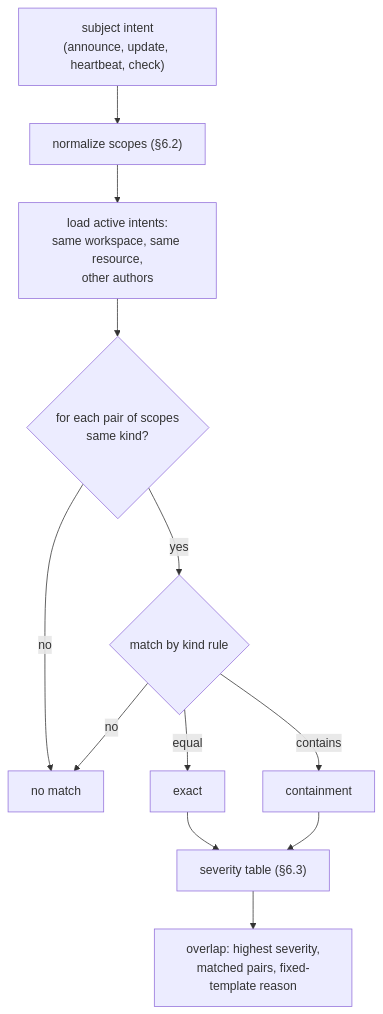
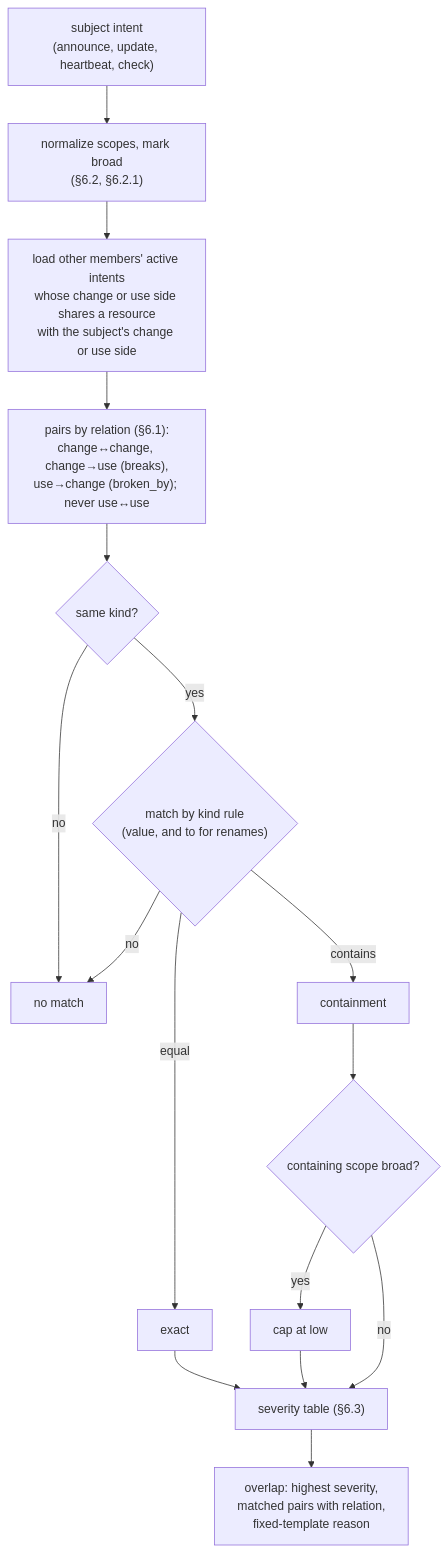
The fourth of 11 diagrams in docs/architecture.md (recluzegeek/shared-context-protocol), drawn with Mermaid before and after one commit. The commit also changed other lines of this file and 1 other file, not shown here.

Commit message:
Address review: broad scopes, coverage honesty, cross-resource uses and renames, IdP membership, verified promotion, event staleness

````diff
--- a/docs/architecture.md
+++ b/docs/architecture.md
@@ -191,14 +196,17 @@
 ```mermaid
 flowchart TD
-    S["subject intent<br/>(announce, update, heartbeat, check)"] --> N["normalize scopes (§6.2)"]
-    N --> Q["load active intents:<br/>same workspace, same resource,<br/>other authors"]
-    Q --> L{"for each pair of scopes<br/>same kind?"}
+    S["subject intent<br/>(announce, update, heartbeat, check)"] --> N["normalize scopes, mark broad<br/>(§6.2, §6.2.1)"]
+    N --> Q["load other members' active intents<br/>whose change or use side shares a resource<br/>with the subject's change or use side"]
+    Q --> P["pairs by relation (§6.1):<br/>change↔change, change→use (breaks),<br/>use→change (broken_by); never use↔use"]
+    P --> L{"same kind?"}
     L -- no --> X["no match"]
-    L -- yes --> M{"match by kind rule"}
+    L -- yes --> M{"match by kind rule<br/>(value, and to for renames)"}
     M -- "equal" --> E["exact"]
     M -- "contains" --> C["containment"]
     M -- no --> X
     E --> SV["severity table (§6.3)"]
-    C --> SV
-    SV --> R["overlap: highest severity,<br/>matched pairs, fixed-template reason"]
+    C --> CAP{"containing scope broad?"}
+    CAP -- yes --> LOW["cap at low"] --> SV
+    CAP -- no --> SV
+    SV --> R["overlap: highest severity,<br/>matched pairs with relation,<br/>fixed-template reason"]
 ```
````
